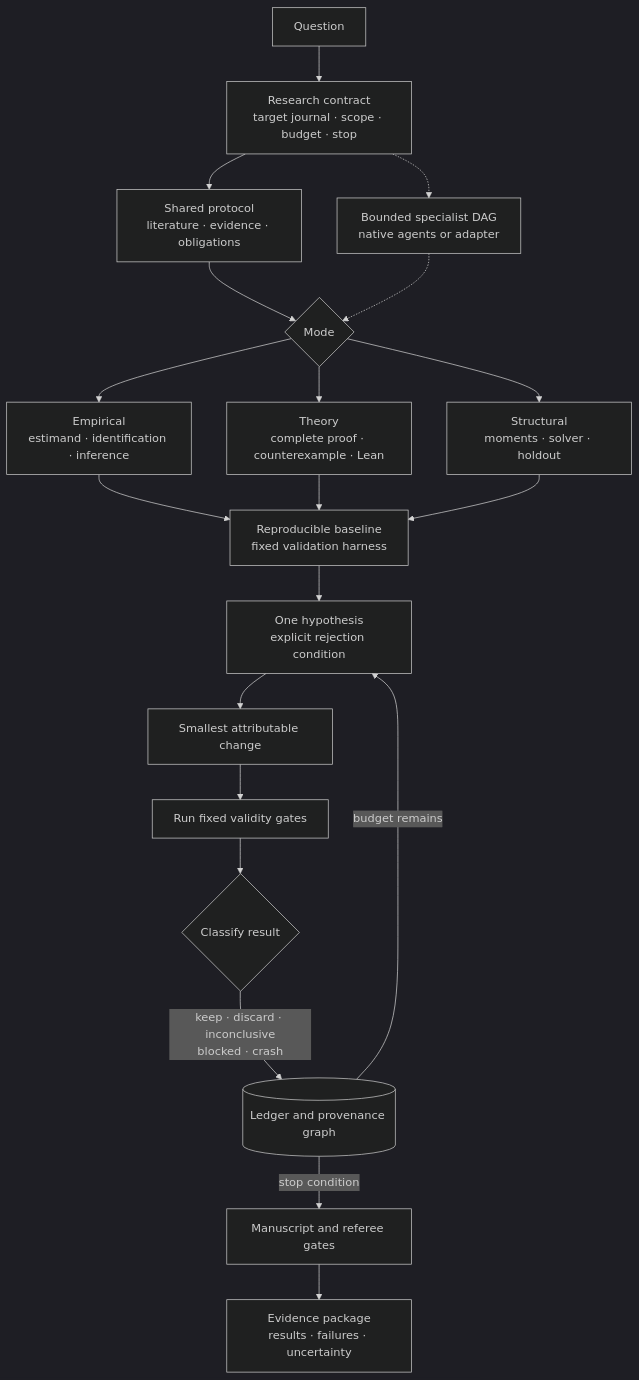
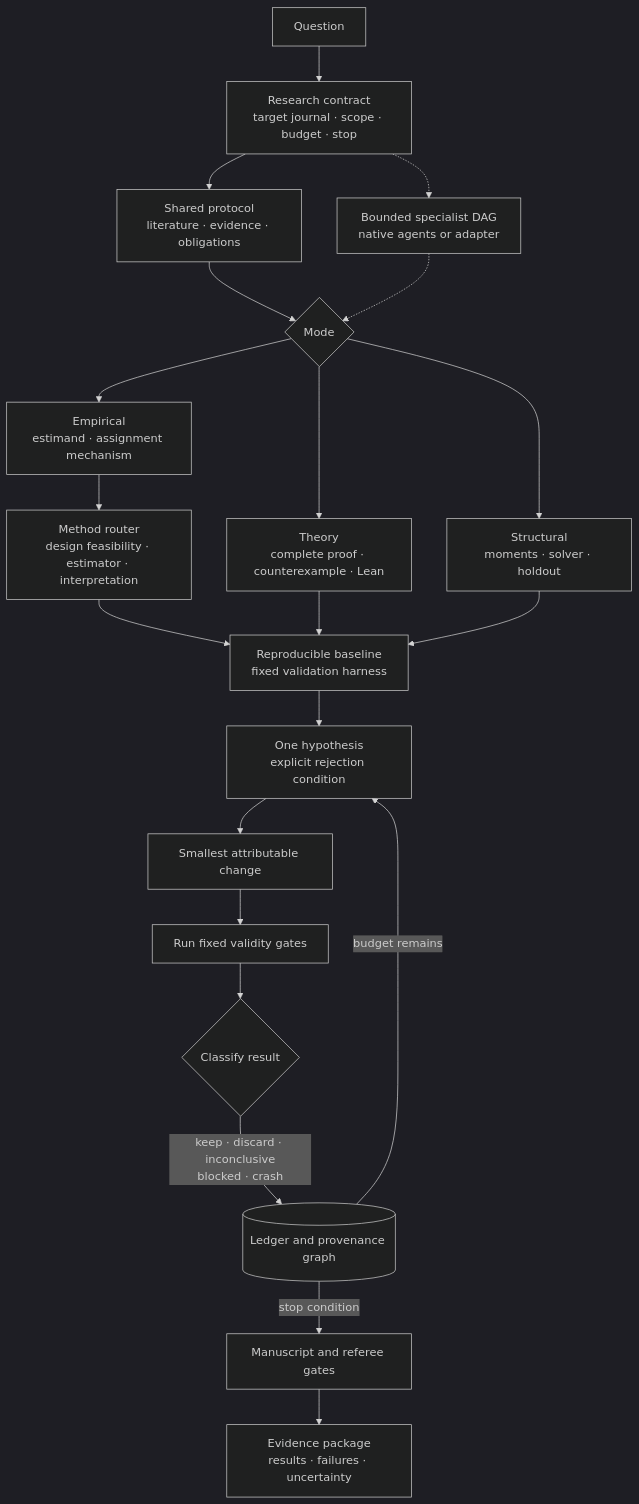
One commit to Tohskcid/econ-research-lab changed the diagram in README.md. Above: the diagram before and after it, drawn with Mermaid (dark theme). The commit also changed other lines of this file and 11 other files, not shown here.

Commit message:
feat: add outlet profiles and empirical method router

````diff
--- a/README.md
+++ b/README.md
@@ -9,22 +9,23 @@
 ```mermaid
 flowchart TD
     Q[Question] --> C[Research contract<br/>target journal · scope · budget · stop]
     C --> S[Shared protocol<br/>literature · evidence · obligations]
     C -.-> A[Bounded specialist DAG<br/>native agents or adapter]
     S --> R{Mode}
-    R --> E[Empirical<br/>estimand · identification · inference]
+    R --> E[Empirical<br/>estimand · assignment mechanism]
     R --> T[Theory<br/>complete proof · counterexample · Lean]
     R --> X[Structural<br/>moments · solver · holdout]
     A -.-> R
-    E --> B[Reproducible baseline<br/>fixed validation harness]
+    E --> ER[Method router<br/>design feasibility · estimator · interpretation]
+    ER --> B[Reproducible baseline<br/>fixed validation harness]
     T --> B
     X --> B
     B --> H[One hypothesis<br/>explicit rejection condition]
     H --> D1[Smallest attributable change]
     D1 --> V[Run fixed validity gates]
     V --> K{Classify result}
     K -->|keep · discard · inconclusive<br/>blocked · crash| P[(Ledger and provenance graph)]
     P -->|budget remains| H
     P -->|stop condition| M[Manuscript and referee gates]
     M --> D[Evidence package<br/>results · failures · uncertainty]
 ```
````
